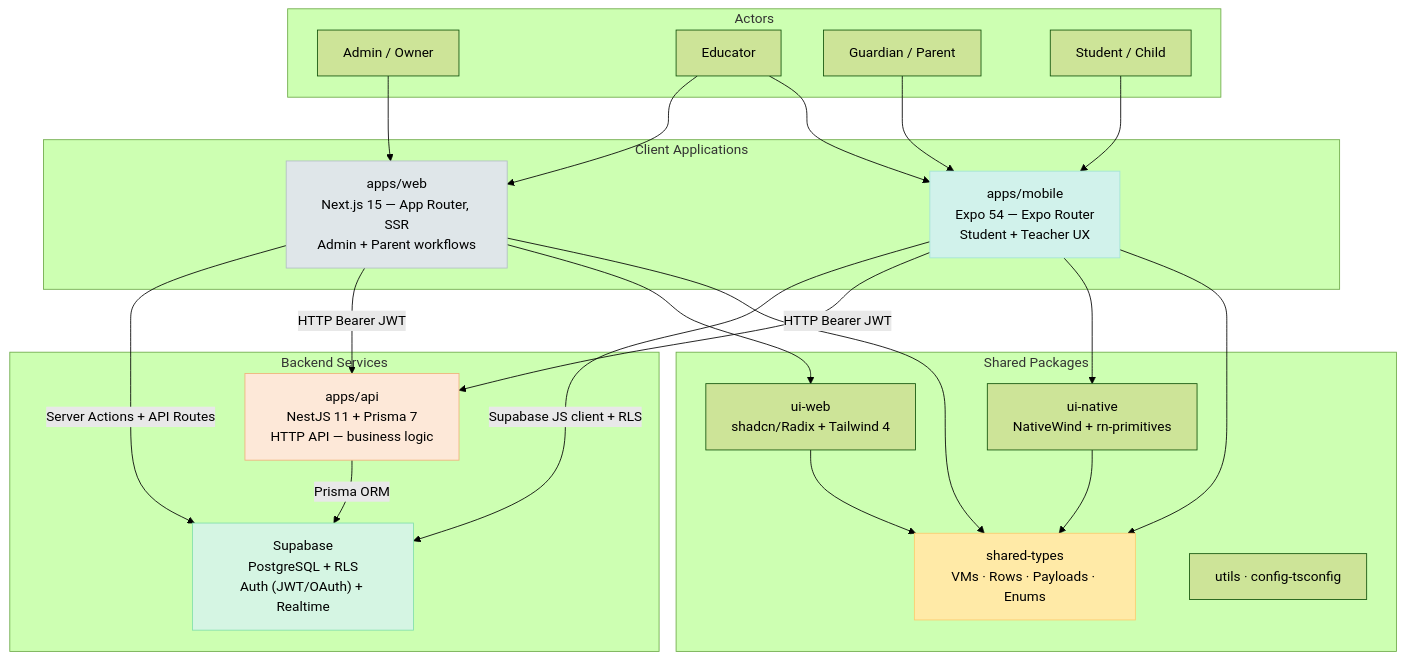
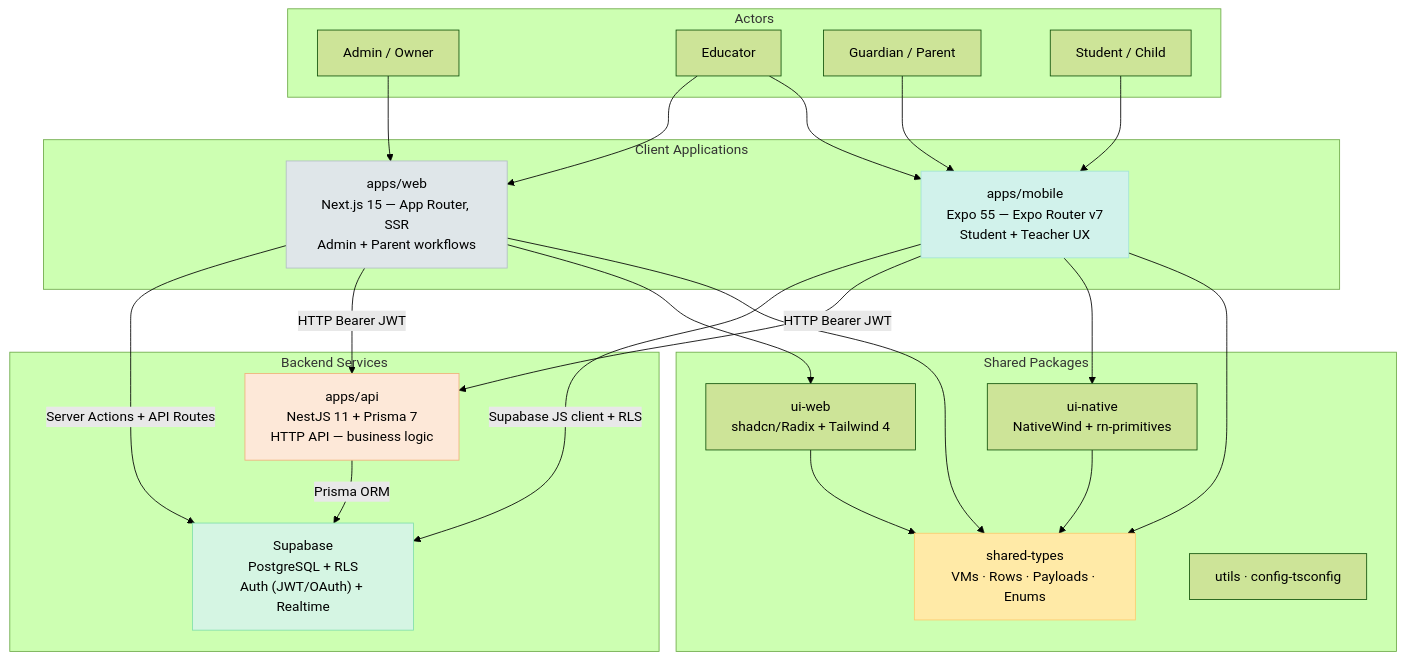
Before and after one commit to heidisoft/iconicedu-monorepo: the first of 20 diagrams in docs/architecture/diagrams.md, drawn with Mermaid (forest theme). The commit also changed 28 other files, not shown here.

````diff
--- a/docs/architecture/diagrams.md
+++ b/docs/architecture/diagrams.md
@@ -36,49 +36,49 @@
 ```mermaid
 graph TD
     subgraph Actors["Actors"]
         ADMIN["Admin / Owner"]
         EDUCATOR["Educator"]
         GUARDIAN["Guardian / Parent"]
         STUDENT["Student / Child"]
     end
 
     subgraph Clients["Client Applications"]
         WEB["apps/web\nNext.js 15 — App Router, SSR\nAdmin + Parent workflows"]
-        MOBILE["apps/mobile\nExpo 54 — Expo Router\nStudent + Teacher UX"]
+        MOBILE["apps/mobile\nExpo 55 — Expo Router v7\nStudent + Teacher UX"]
     end
 
     subgraph Backend["Backend Services"]
         API["apps/api\nNestJS 11 + Prisma 7\nHTTP API — business logic"]
         SUPA["Supabase\nPostgreSQL + RLS\nAuth (JWT/OAuth) + Realtime"]
     end
 
     subgraph SharedPkgs["Shared Packages"]
         SHARED["shared-types\nVMs · Rows · Payloads · Enums"]
         UIWEB["ui-web\nshadcn/Radix + Tailwind 4"]
         UINATIVE["ui-native\nNativeWind + rn-primitives"]
         UTILS["utils · config-tsconfig"]
     end
 
     ADMIN & EDUCATOR --> WEB
     GUARDIAN & STUDENT --> MOBILE
     EDUCATOR --> MOBILE
 
     WEB -->|Server Actions + API Routes| SUPA
     WEB -->|HTTP Bearer JWT| API
     MOBILE -->|Supabase JS client + RLS| SUPA
     MOBILE -->|HTTP Bearer JWT| API
     API -->|Prisma ORM| SUPA
 
     WEB --> UIWEB
     WEB --> SHARED
     MOBILE --> UINATIVE
     MOBILE --> SHARED
     UIWEB --> SHARED
     UINATIVE --> SHARED
 
     style SHARED fill:#ffeaa7,stroke:#fdcb6e
     style SUPA fill:#d5f5e3,stroke:#82e0aa
     style API fill:#fde8d8,stroke:#f0b27a
     style WEB fill:#dfe6e9,stroke:#b2bec3
     style MOBILE fill:#d1f2eb,stroke:#a3e4d7
 ```
````
